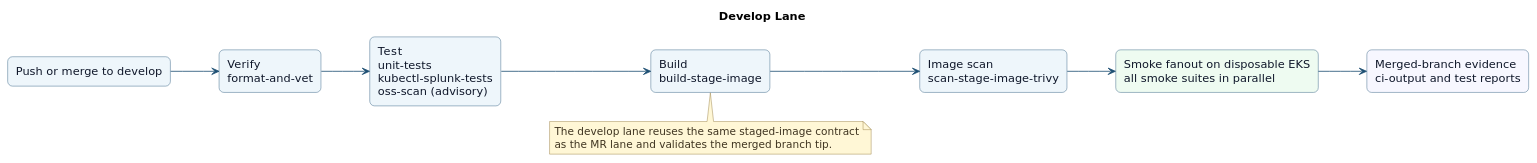
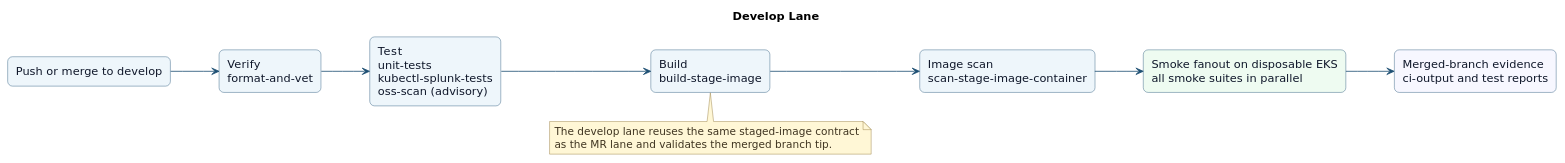
Before and after one commit to splunk/splunk-operator: the diagram in gitlab-ci/diagrams/develop-lane.puml, drawn with PlantUML. The commit also changed 25 other files, not shown here.

Commit message:
CSPL-4751: Enable container scan

```diff
--- a/gitlab-ci/diagrams/develop-lane.puml
+++ b/gitlab-ci/diagrams/develop-lane.puml
@@ -1,39 +1,39 @@
 @startuml
 title Develop Lane
 left to right direction
 skinparam Shadowing false
 skinparam DefaultFontName DejaVu Sans
 skinparam BackgroundColor white
 skinparam ArrowColor #1d4f73
 skinparam Rectangle {
   BorderColor #1d4f73
   BackgroundColor #eef6fb
   FontColor #0f172a
   RoundCorner 12
 }
 skinparam Note {
   BorderColor #8b6f2f
   BackgroundColor #fff7d6
   FontColor #3f3420
 }
 
 rectangle "Push or merge to develop" as trigger
 rectangle "Verify\nformat-and-vet" as verify
 rectangle "Test\nunit-tests\nkubectl-splunk-tests\noss-scan (advisory)" as test
 rectangle "Build\nbuild-stage-image" as build
-rectangle "Image scan\nscan-stage-image-trivy" as scan
+rectangle "Image scan\nscan-stage-image-container" as scan
 rectangle "Smoke fanout on disposable EKS\nall smoke suites in parallel" as smoke #eefbf1
 rectangle "Merged-branch evidence\nci-output and test reports" as evidence #f7f7ff
 
 trigger --> verify
 verify --> test
 test --> build
 build --> scan
 scan --> smoke
 smoke --> evidence
 
 note bottom of build
 The develop lane reuses the same staged-image contract
 as the MR lane and validates the merged branch tip.
 end note
 @enduml
```
